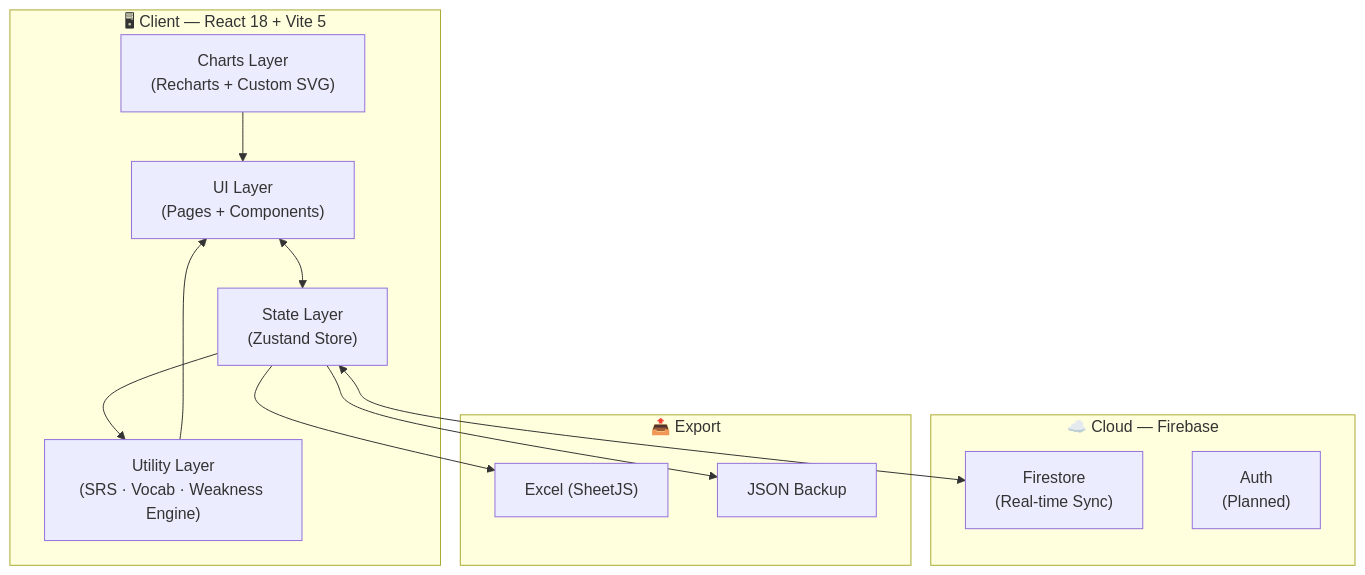
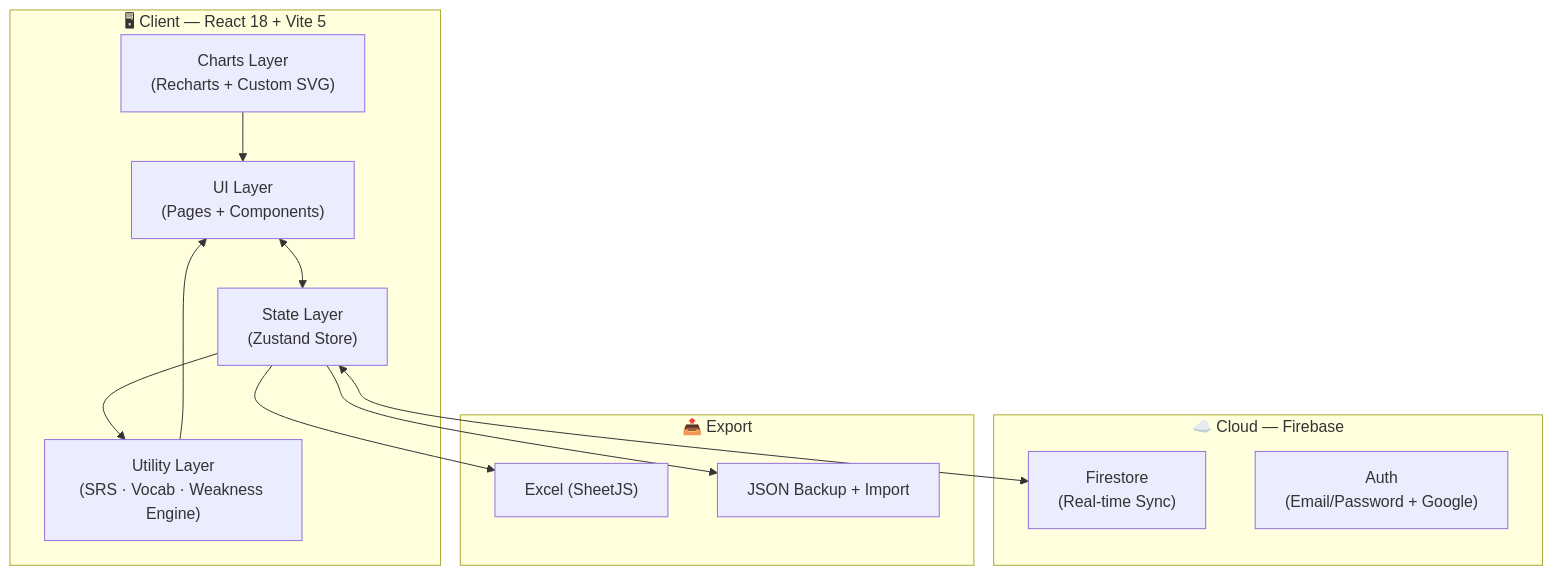
One commit to PurvagiriGoswami/ZeroHour changed the first of 4 diagrams in README.md. Above: the diagram before and after it, drawn with Mermaid. The commit also changed other lines of this file and 41 other files, not shown here.

````diff
--- a/README.md
+++ b/README.md
@@ -277,27 +314,27 @@
 ```mermaid
 graph TB
     subgraph CLIENT["🖥 Client — React 18 + Vite 5"]
         UI["UI Layer\n(Pages + Components)"]
         STORE["State Layer\n(Zustand Store)"]
         UTILS["Utility Layer\n(SRS · Vocab · Weakness Engine)"]
         CHARTS["Charts Layer\n(Recharts + Custom SVG)"]
     end
 
     subgraph CLOUD["☁️ Cloud — Firebase"]
         FS["Firestore\n(Real-time Sync)"]
-        AUTH["Auth\n(Planned)"]
+        AUTH["Auth\n(Email/Password + Google)"]
     end
 
     subgraph EXPORT["📤 Export"]
         EXCEL["Excel (SheetJS)"]
-        JSON["JSON Backup"]
+        JSON["JSON Backup + Import"]
     end
 
     UI <--> STORE
     STORE <--> FS
     STORE --> UTILS
     UTILS --> UI
     CHARTS --> UI
     STORE --> EXCEL
     STORE --> JSON
 ```
````
